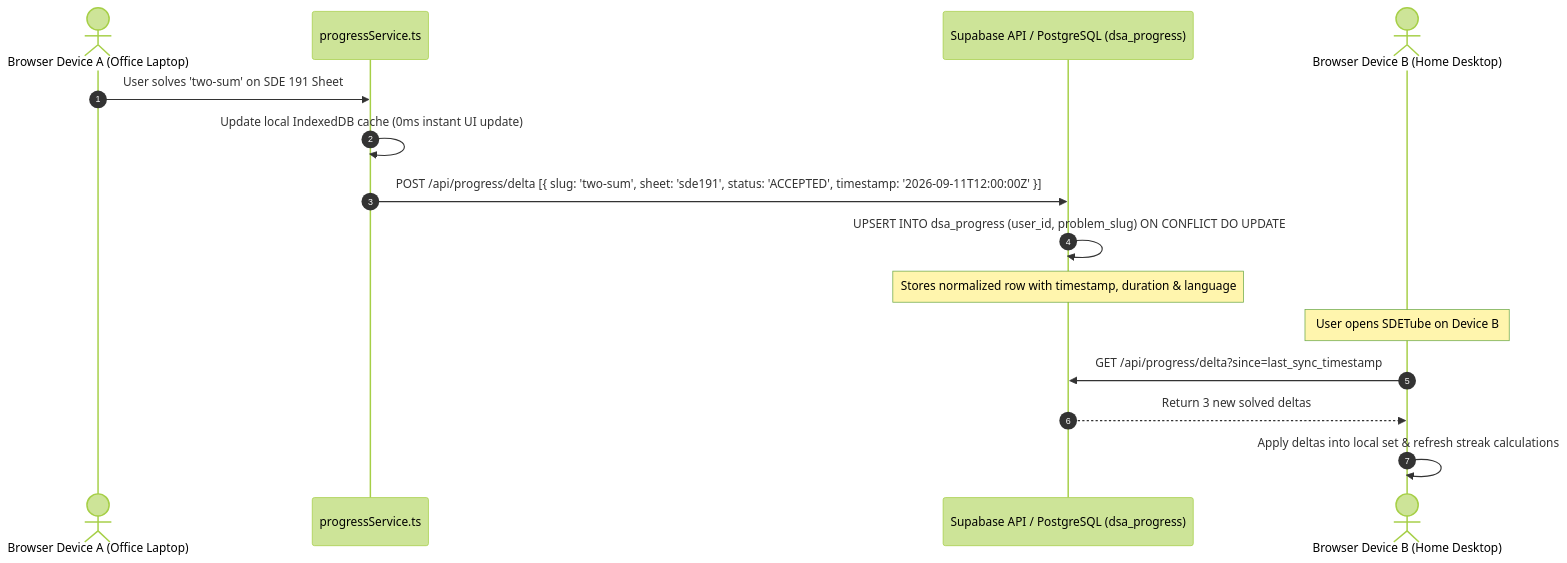
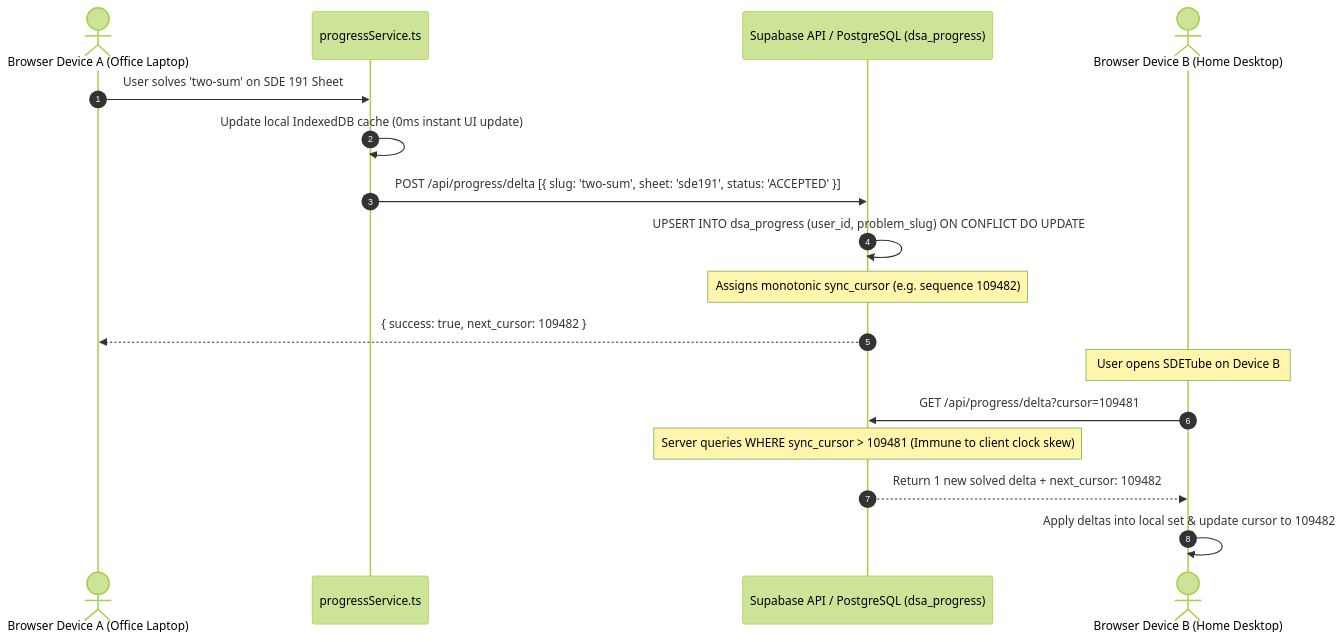
Before and after one commit to mdalamrahman/edustreams: the seventh of 9 diagrams in SYSTEM_ARCHITECTURE_LLD_HLD.md, drawn with Mermaid (forest theme). The commit also changed other lines of this file and 2 other files, not shown here.

Commit message:
docs & arch: add PostgREST RLS guards, monotonic sync cursor, review-aware anti-cheat, vanity portfolio schema, and timing-safe cert verification

````diff
--- a/SYSTEM_ARCHITECTURE_LLD_HLD.md
+++ b/SYSTEM_ARCHITECTURE_LLD_HLD.md
@@ -306,19 +316,21 @@
 ```mermaid
 sequenceDiagram
     autonumber
     actor Device1 as Browser Device A (Office Laptop)
     participant SyncService as progressService.ts
     participant Supabase as Supabase API / PostgreSQL (dsa_progress)
     actor Device2 as Browser Device B (Home Desktop)
 
     Device1->>SyncService: User solves 'two-sum' on SDE 191 Sheet
     SyncService->>SyncService: Update local IndexedDB cache (0ms instant UI update)
-    SyncService->>Supabase: POST /api/progress/delta [{ slug: 'two-sum', sheet: 'sde191', status: 'ACCEPTED', timestamp: '2026-09-11T12:00:00Z' }]
+    SyncService->>Supabase: POST /api/progress/delta [{ slug: 'two-sum', sheet: 'sde191', status: 'ACCEPTED' }]
     Supabase->>Supabase: UPSERT INTO dsa_progress (user_id, problem_slug) ON CONFLICT DO UPDATE
-    Note over Supabase: Stores normalized row with timestamp, duration & language
+    Note over Supabase: Assigns monotonic sync_cursor (e.g. sequence 109482)
+    Supabase-->>Device1: { success: true, next_cursor: 109482 }
 
     Note over Device2: User opens SDETube on Device B
-    Device2->>Supabase: GET /api/progress/delta?since=last_sync_timestamp
-    Supabase-->>Device2: Return 3 new solved deltas
-    Device2->>Device2: Apply deltas into local set & refresh streak calculations
+    Device2->>Supabase: GET /api/progress/delta?cursor=109481
+    Note over Supabase: Server queries WHERE sync_cursor > 109481 (Immune to client clock skew)
+    Supabase-->>Device2: Return 1 new solved delta + next_cursor: 109482
+    Device2->>Device2: Apply deltas into local set & update cursor to 109482
 ```
````
